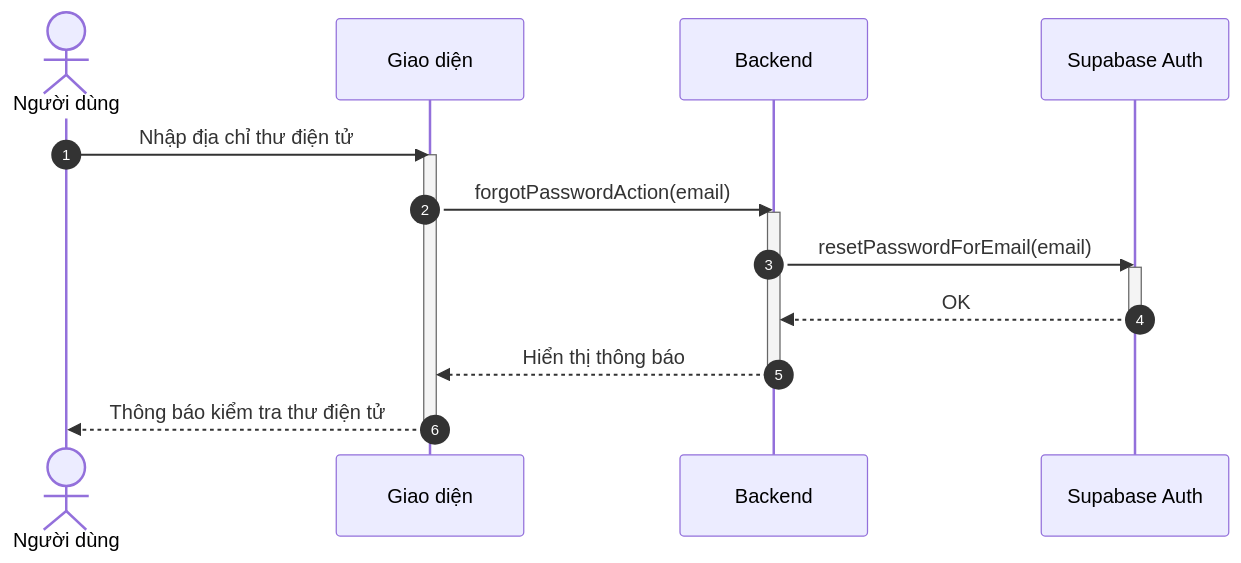
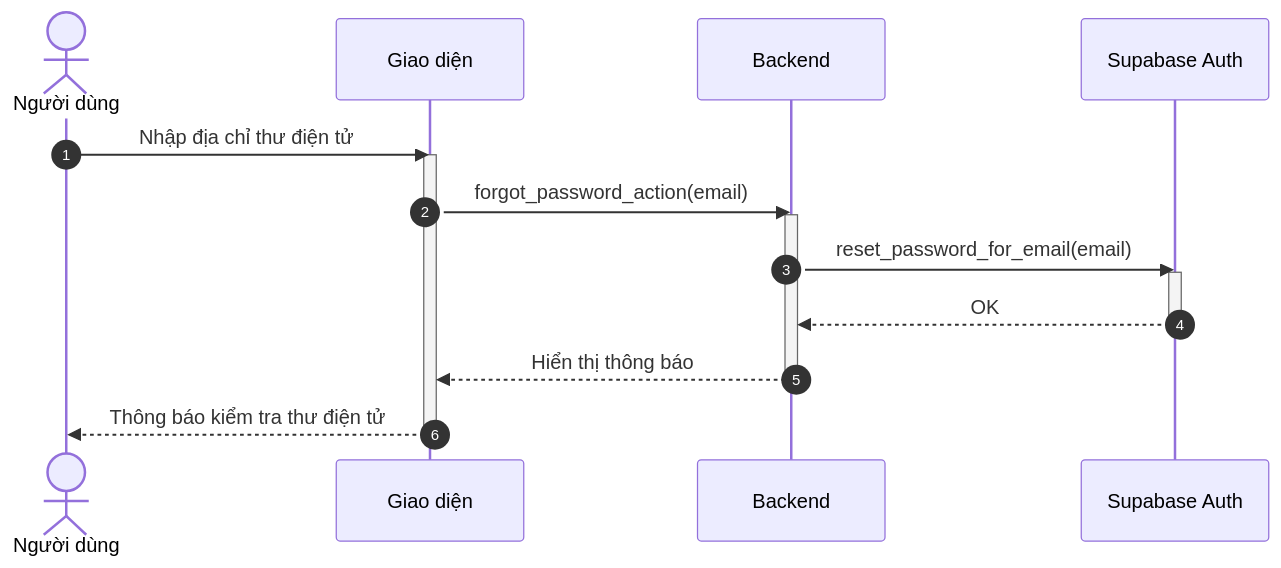
The fourth of 7 diagrams in docs/design/sequences/authentication.md (ngoctinn/Synapse), drawn with Mermaid before and after one commit. The commit also changed other lines of this file and 4 other files, not shown here.

Commit message:
docs: Add activity and sequence diagrams for authentication, customer, receptionist, and technician flows.

````diff
--- a/docs/design/sequences/authentication.md
+++ b/docs/design/sequences/authentication.md
@@ -121,24 +121,24 @@
 ```mermaid
 sequenceDiagram
     autonumber
     actor ND as Người dùng
     participant UI as Giao diện
     participant BE as Backend
     participant SUPA as Supabase Auth
 
     ND->>UI: Nhập địa chỉ thư điện tử
     activate UI
-    UI->>BE: forgotPasswordAction(email)
+    UI->>BE: forgot_password_action(email)
     activate BE
 
-    BE->>SUPA: resetPasswordForEmail(email)
+    BE->>SUPA: reset_password_for_email(email)
     activate SUPA
     SUPA-->>BE: OK
     deactivate SUPA
 
     BE-->>UI: Hiển thị thông báo
     deactivate BE
 
     UI-->>ND: Thông báo kiểm tra thư điện tử
     deactivate UI
 ```
````
